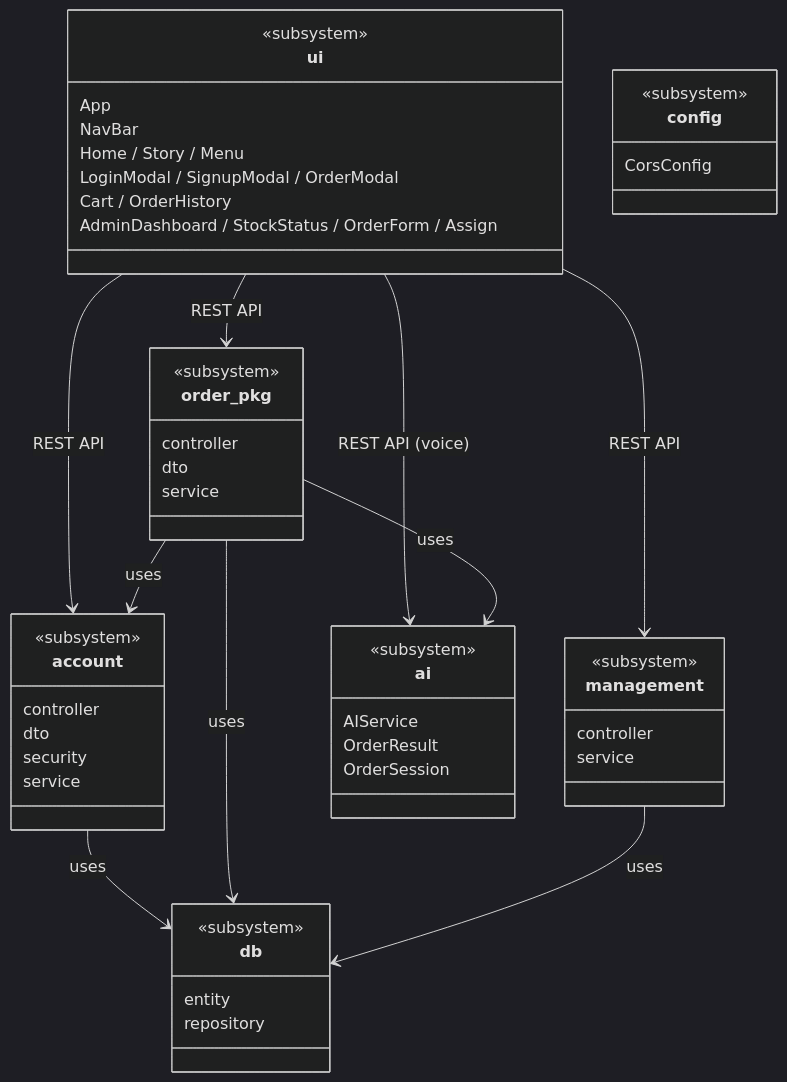
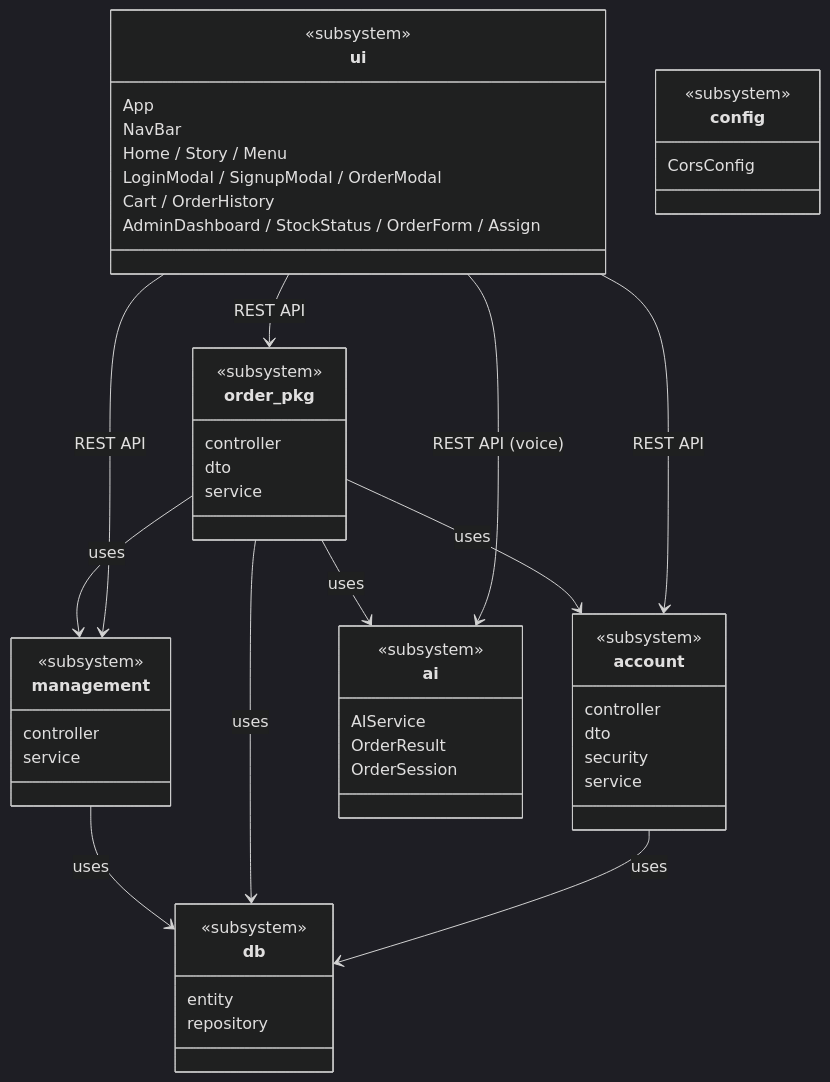
Before and after one commit to UOS606/606Dinner: the first of 2 diagrams in backend/docs/class-diagram/7_subsystem_dependencies.md, drawn with Mermaid (dark theme). The commit also changed 2 other files, not shown here.

Commit message:
docs: 재고 감소 로직 추가에 따른 클래스 다이어그램 업데이트
- OrderService에 IngredientService 의존성 및 deductIngredients 메서드 추가
- IngredientService에 deduct 메서드 추가
- order_pkg → management 서브시스템 의존관계 추가

🤖 Generated with [Claude Code](https://claude.com/claude-code)

````diff
--- a/backend/docs/class-diagram/7_subsystem_dependencies.md
+++ b/backend/docs/class-diagram/7_subsystem_dependencies.md
@@ -3,64 +3,65 @@
 ```mermaid
 classDiagram
     direction TB
 
     class ui {
         <<subsystem>>
         App
         NavBar
         Home / Story / Menu
         LoginModal / SignupModal / OrderModal
         Cart / OrderHistory
         AdminDashboard / StockStatus / OrderForm / Assign
     }
 
     class db {
         <<subsystem>>
         entity
         repository
     }
 
     class account {
         <<subsystem>>
         controller
         dto
         security
         service
     }
 
     class order_pkg {
         <<subsystem>>
         controller
         dto
         service
     }
 
     class management {
         <<subsystem>>
         controller
         service
     }
 
     class ai {
         <<subsystem>>
         AIService
         OrderResult
         OrderSession
     }
 
     class config {
         <<subsystem>>
         CorsConfig
     }
 
     ui --> account : REST API
     ui --> order_pkg : REST API
     ui --> management : REST API
     ui --> ai : REST API (voice)
 
     account --> db : uses
     order_pkg --> db : uses
     order_pkg --> ai : uses
     order_pkg --> account : uses
+    order_pkg --> management : uses
     management --> db : uses
 ```
````
